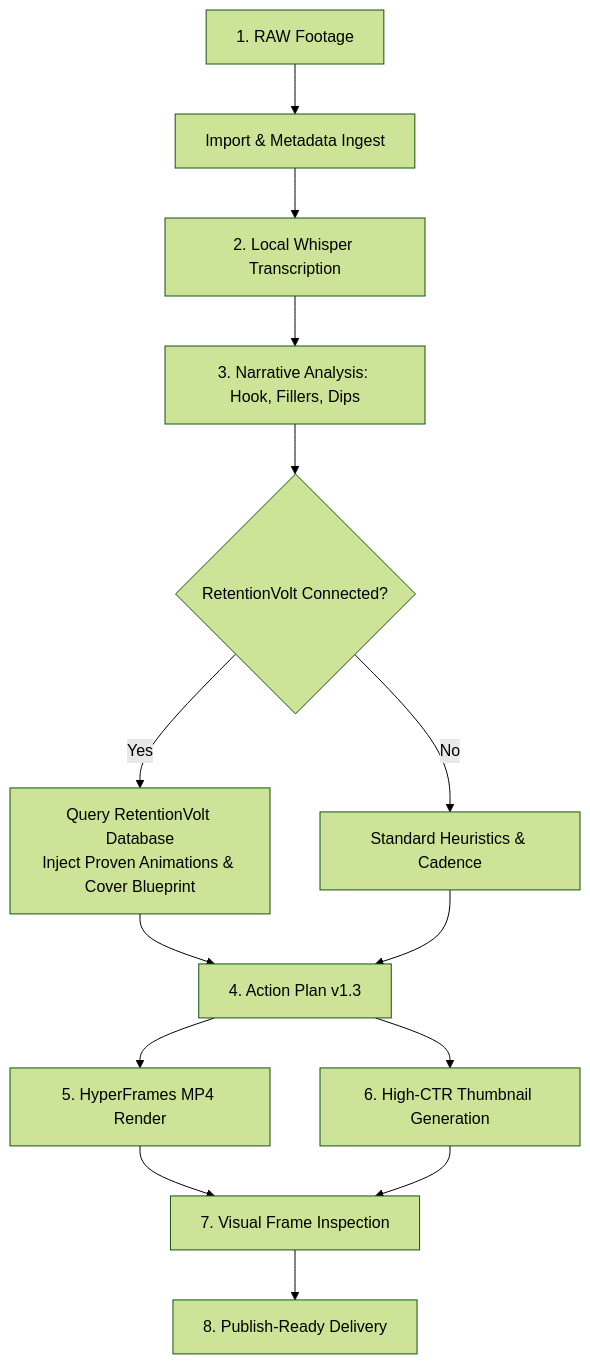
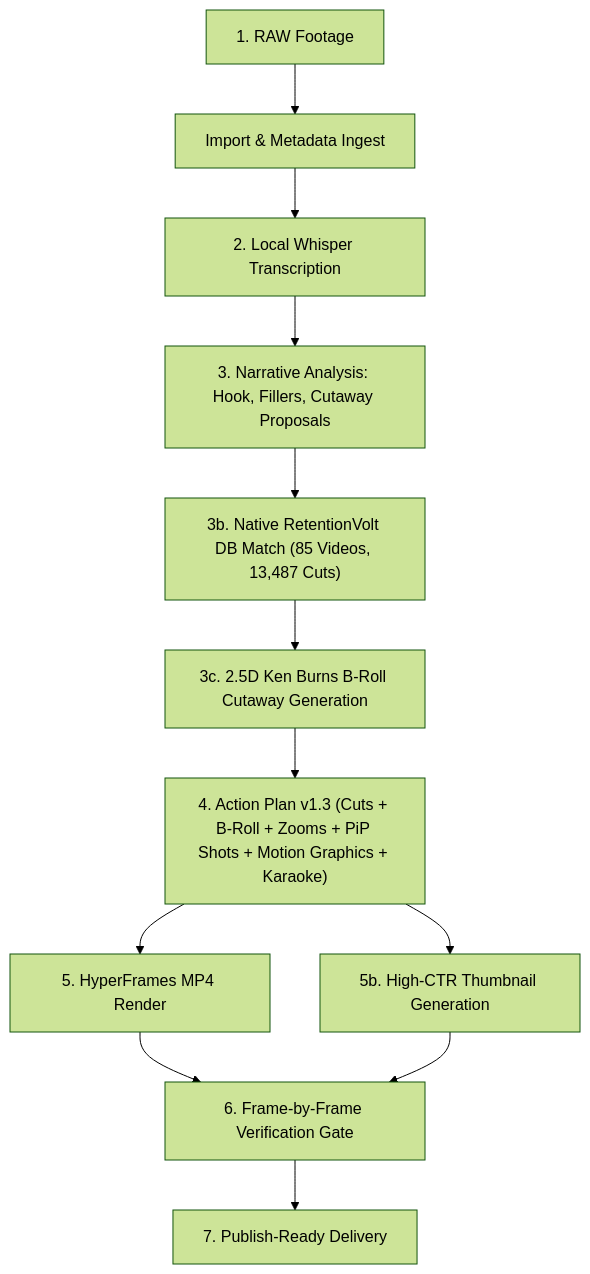
The diagram in README.md (Andrea13235/Retention), drawn with Mermaid (forest theme) before and after one commit. The commit also changed other lines of this file and 15 other files, not shown here.

Commit message:
feat: embed 100% native RetentionVolt DBs and guarantee B-roll, zoom animations & motion graphics on every edit

````diff
--- a/README.md
+++ b/README.md
@@ -75,16 +53,14 @@
 ```mermaid
 flowchart TD
-    Raw[1. RAW Footage] --> Ingest[Import & Metadata Ingest]
-    Ingest --> Transcribe[2. Local Whisper Transcription]
-    Transcribe --> Analyze[3. Narrative Analysis: Hook, Fillers, Dips]
-    Analyze --> Decision{RetentionVolt Connected?}
-    Decision -->|Yes| RV[Query RetentionVolt Database<br/>Inject Proven Animations & Cover Blueprint]
-    Decision -->|No| LocalPlan[Standard Heuristics & Cadence]
-    RV --> Plan[4. Action Plan v1.3]
-    LocalPlan --> Plan
-    Plan --> Render[5. HyperFrames MP4 Render]
-    Plan --> Thumb[6. High-CTR Thumbnail Generation]
-    Render --> Review[7. Visual Frame Inspection]
+    Raw["1. RAW Footage"] --> Ingest["Import & Metadata Ingest"]
+    Ingest --> Transcribe["2. Local Whisper Transcription"]
+    Transcribe --> Analyze["3. Narrative Analysis: Hook, Fillers, Cutaway Proposals"]
+    Analyze --> RV["3b. Native RetentionVolt DB Match (85 Videos, 13,487 Cuts)"]
+    RV --> Broll["3c. 2.5D Ken Burns B-Roll Cutaway Generation"]
+    Broll --> Plan["4. Action Plan v1.3 (Cuts + B-Roll + Zooms + PiP Shots + Motion Graphics + Karaoke)"]
+    Plan --> Render["5. HyperFrames MP4 Render"]
+    Plan --> Thumb["5b. High-CTR Thumbnail Generation"]
+    Render --> Review["6. Frame-by-Frame Verification Gate"]
     Thumb --> Review
-    Review --> Delivery[8. Publish-Ready Delivery]
+    Review --> Delivery["7. Publish-Ready Delivery"]
 ```
````
